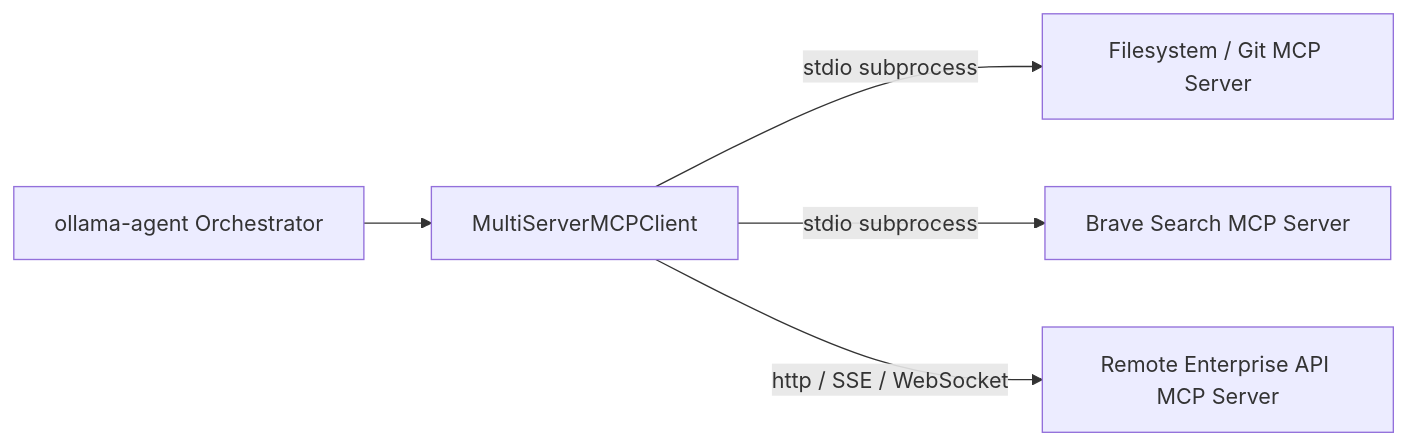
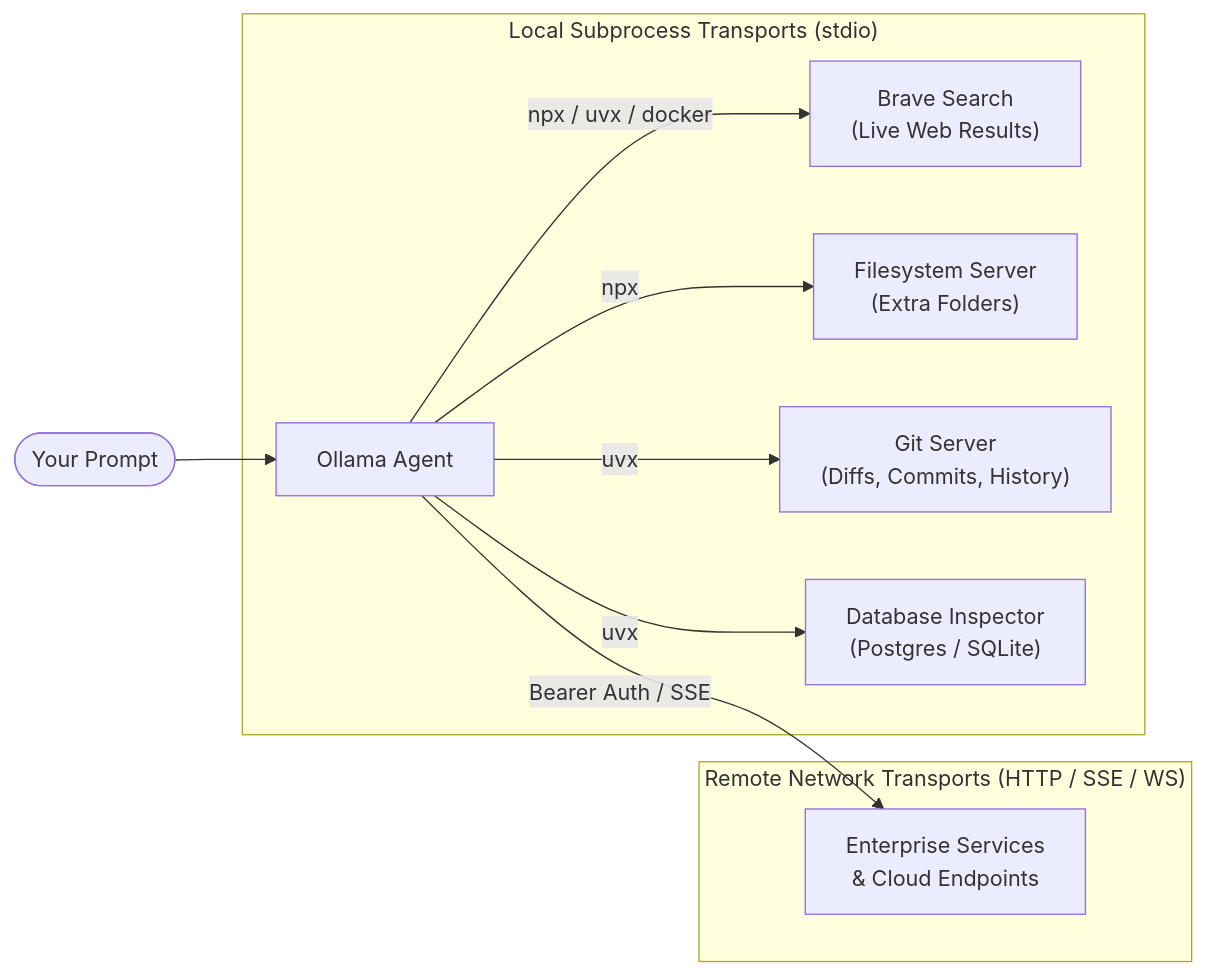
Before and after one commit to arrase/ollama-agent: the diagram in docs/mcp.md, drawn with Mermaid. The commit also changed other lines of this file and 10 other files, not shown here.

````diff
--- a/docs/mcp.md
+++ b/docs/mcp.md
@@ -5,7 +7,15 @@
 ```mermaid
 flowchart LR
-    Orchestrator["ollama-agent Orchestrator"] --> Client["MultiServerMCPClient"]
-    Client -->|"stdio subprocess"| FS["Filesystem / Git MCP Server"]
-    Client -->|"stdio subprocess"| Search["Brave Search MCP Server"]
-    Client -->|"http / SSE / WebSocket"| RemoteAPI["Remote Enterprise API MCP Server"]
+    User(["Your Prompt"]) --> Agent["Ollama Agent"]
+    
+    subgraph LocalTools ["Local Subprocess Transports (stdio)"]
+        Agent -->|"npx / uvx / docker"| Search["Brave Search<br/>(Live Web Results)"]
+        Agent -->|"npx"| FS["Filesystem Server<br/>(Extra Folders)"]
+        Agent -->|"uvx"| Git["Git Server<br/>(Diffs, Commits, History)"]
+        Agent -->|"uvx"| DB["Database Inspector<br/>(Postgres / SQLite)"]
+    end
+    
+    subgraph RemoteTools ["Remote Network Transports (HTTP / SSE / WS)"]
+        Agent -->|"Bearer Auth / SSE"| RemoteAPI["Enterprise Services<br/>& Cloud Endpoints"]
+    end
 ```
````
